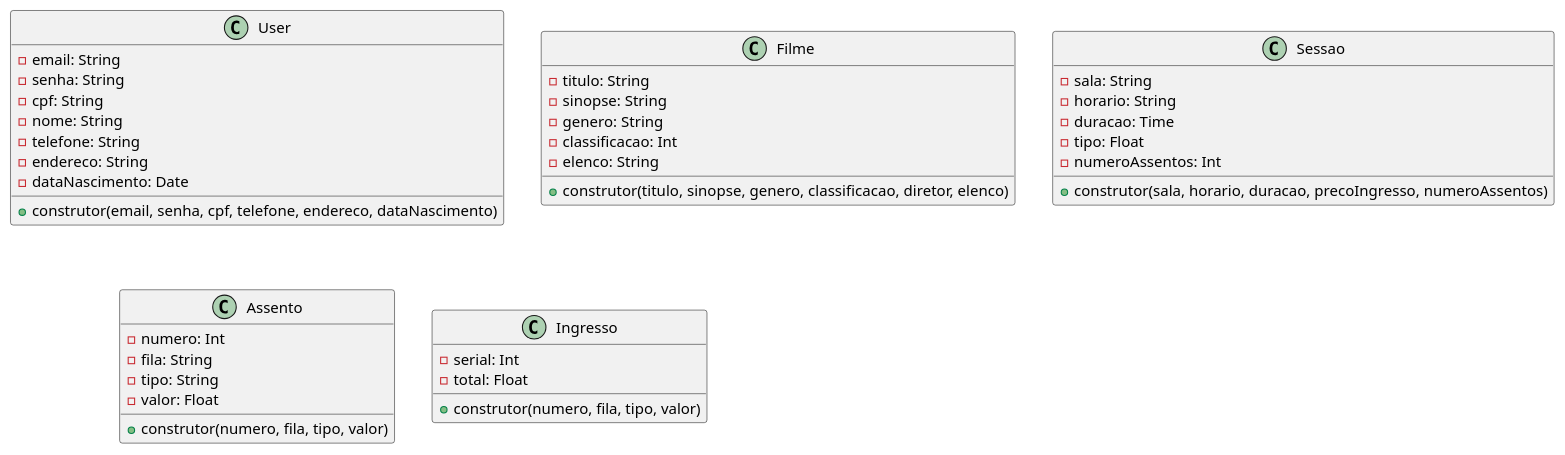
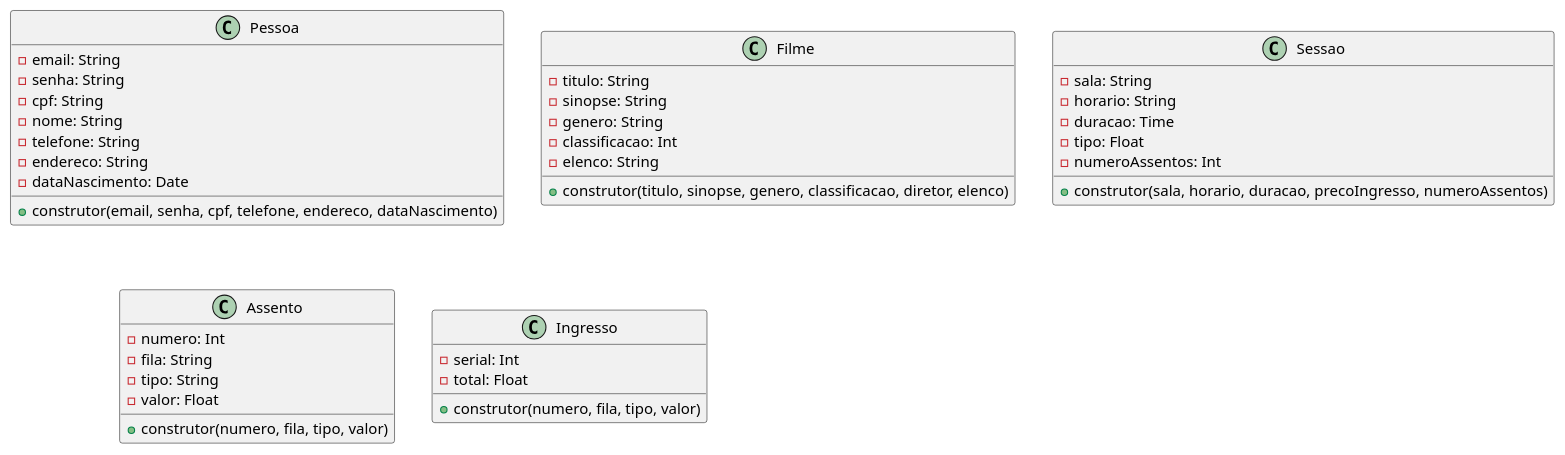
Before and after one commit to CarlosKSL/N1_POO: the diagram in diagrama_cinema.plantuml, drawn with PlantUML.

Commit message:
Classe Pessoa

```diff
--- a/diagrama_cinema.plantuml
+++ b/diagrama_cinema.plantuml
@@ -1,47 +1,45 @@
 @startuml cinema
 
-class User{
+class Pessoa{
     - email: String
     - senha: String
     - cpf: String
     - nome: String
     - telefone: String
     - endereco: String
     - dataNascimento: Date
     + construtor(email, senha, cpf, telefone, endereco, dataNascimento)
 }
 class Filme{
     - titulo: String
     - sinopse: String
     - genero: String
     - classificacao: Int
     - elenco: String
     + construtor(titulo, sinopse, genero, classificacao, diretor, elenco)
 }
 
 class Sessao{
     - sala: String
     - horario: String
     - duracao: Time
     - tipo: Float
     - numeroAssentos: Int
     + construtor(sala, horario, duracao, precoIngresso, numeroAssentos)
 }
 
 class Assento{
     - numero: Int
     - fila: String
     - tipo: String
     - valor: Float
     + construtor(numero, fila, tipo, valor)
 }
 
 class Ingresso{
     - serial: Int
     - total: Float
     + construtor(numero, fila, tipo, valor)
 }
 
-
-
 @enduml
```
